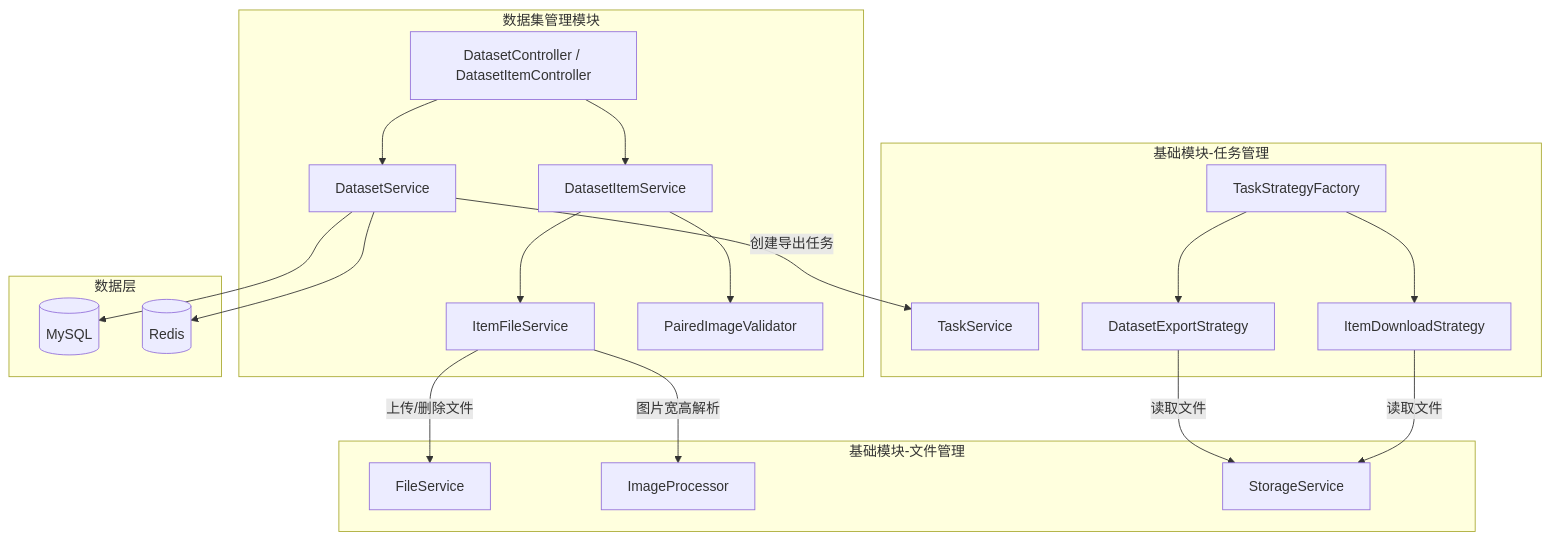
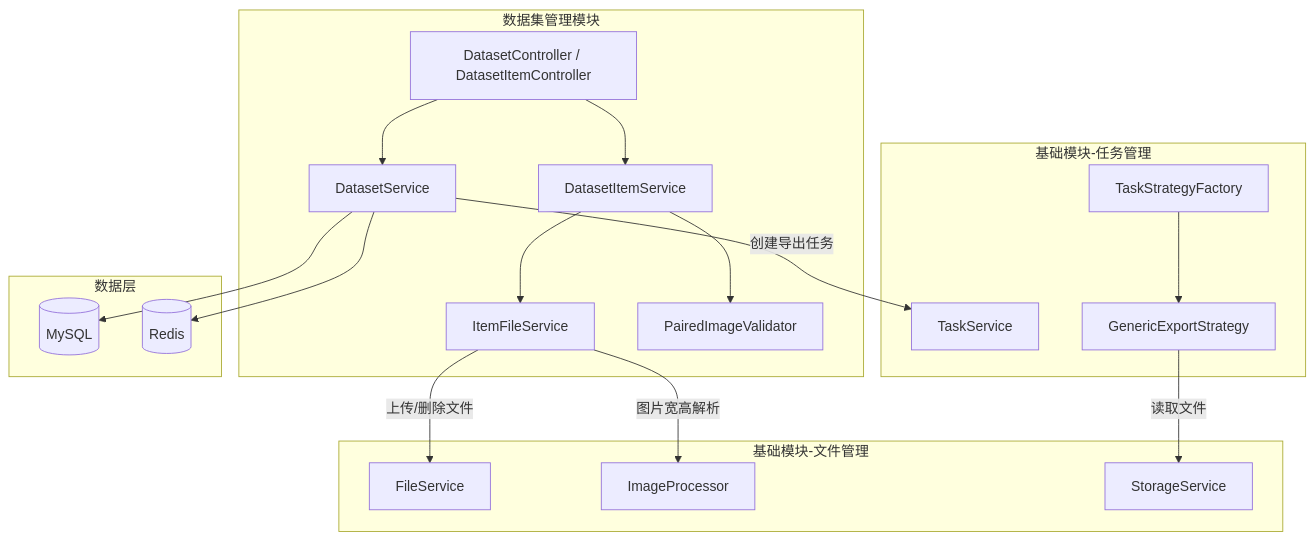
One commit to earthy-zinc/dehaze-system changed the first of 4 diagrams in dehaze-doc/docs/03-模块设计/核心模块/数据集管理/后端实现.md. Above: the diagram before and after it, drawn with Mermaid. The commit also changed other lines of this file and 22 other files, not shown here.

````diff
--- a/dehaze-doc/docs/03-模块设计/核心模块/数据集管理/后端实现.md
+++ b/dehaze-doc/docs/03-模块设计/核心模块/数据集管理/后端实现.md
@@ -24,42 +24,39 @@
 ```mermaid
 graph TB
     subgraph 数据集管理模块
         A[DatasetController / DatasetItemController]
         B[DatasetService]
         C[DatasetItemService]
         D[ItemFileService]
         E[PairedImageValidator]
     end
 
     subgraph 基础模块-文件管理
         F[FileService]
         G[ImageProcessor]
         H[StorageService]
     end
 
     subgraph 基础模块-任务管理
         I[TaskService]
         J[TaskStrategyFactory]
-        K[DatasetExportStrategy]
-        L[ItemDownloadStrategy]
+        K[GenericExportStrategy]
     end
 
     subgraph 数据层
         M[(MySQL)]
         N[(Redis)]
     end
 
     A --> B
     A --> C
     C --> D
     C --> E
     D -->|上传/删除文件| F
     D -->|图片宽高解析| G
     B -->|创建导出任务| I
     J --> K
-    J --> L
     K -->|读取文件| H
-    L -->|读取文件| H
     B --> M
     B --> N
 ```
````
